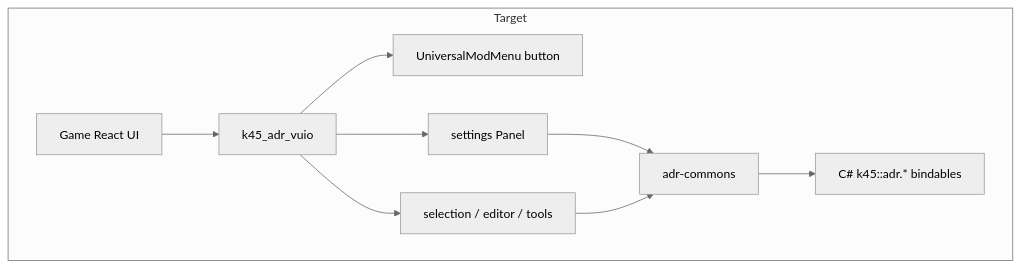
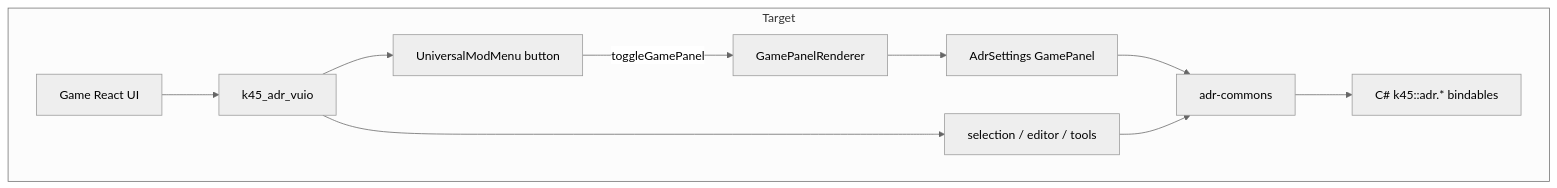
Before and after one commit to klyte45/CS2-AddressesMod: the second of 3 diagrams in .klyte-kanban/RefsLibrary/2026082521_main-to-vuio-migration/01-architecture-and-host.md, drawn with Mermaid (neutral theme). The commit also changed other lines of this file and 6 other files, not shown here.

Commit message:
Fixing plan to use proper GamePanel implementation

````diff
--- a/.klyte-kanban/RefsLibrary/2026082521_main-to-vuio-migration/01-architecture-and-host.md
+++ b/.klyte-kanban/RefsLibrary/2026082521_main-to-vuio-migration/01-architecture-and-host.md
@@ -27,12 +27,13 @@
 ```mermaid
 flowchart TB
   subgraph target [Target]
     GameUI2[Game React UI] --> VuioMod2[k45_adr_vuio]
     VuioMod2 --> UMM[UniversalModMenu button]
-    VuioMod2 --> Settings[settings Panel]
+    UMM -->|"toggleGamePanel"| GPR[GamePanelRenderer]
+    GPR --> Settings[AdrSettings GamePanel]
     VuioMod2 --> Contextual[selection / editor / tools]
     Settings --> Commons2[adr-commons]
     Contextual --> Commons2
     Commons2 --> CSharp2["C# k45::adr.* bindables"]
   end
 ```
````
